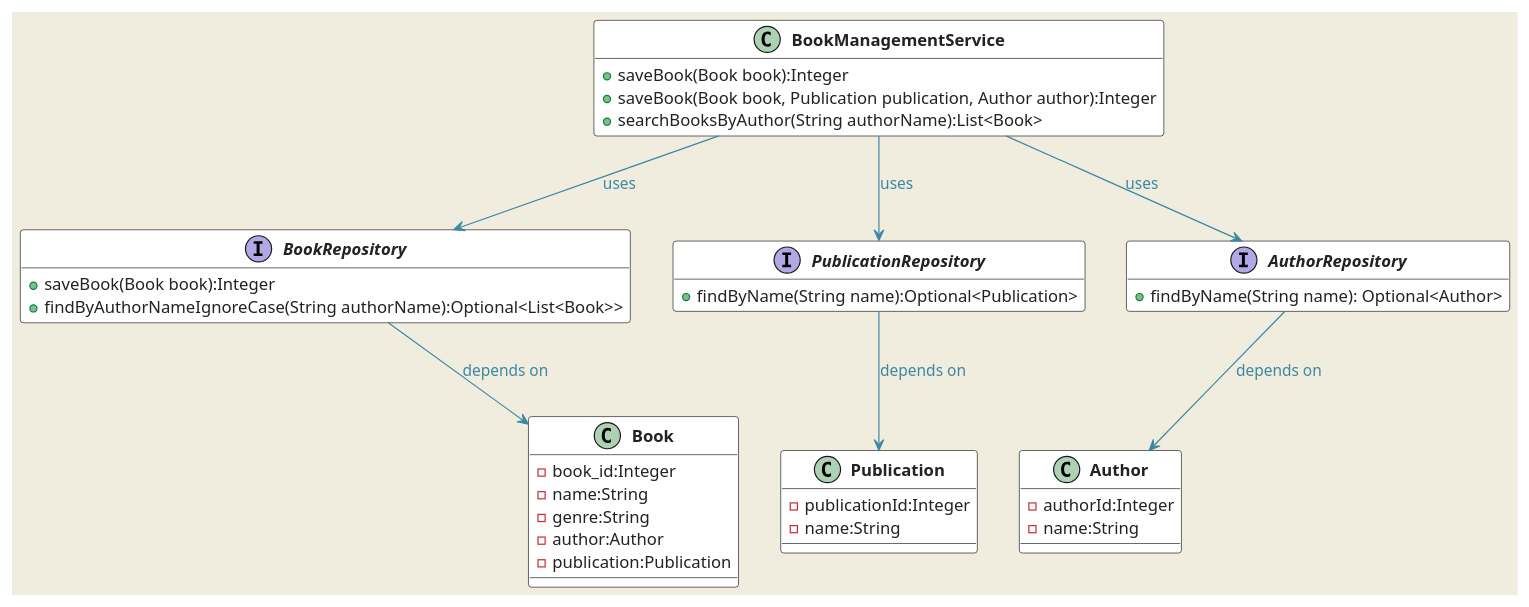
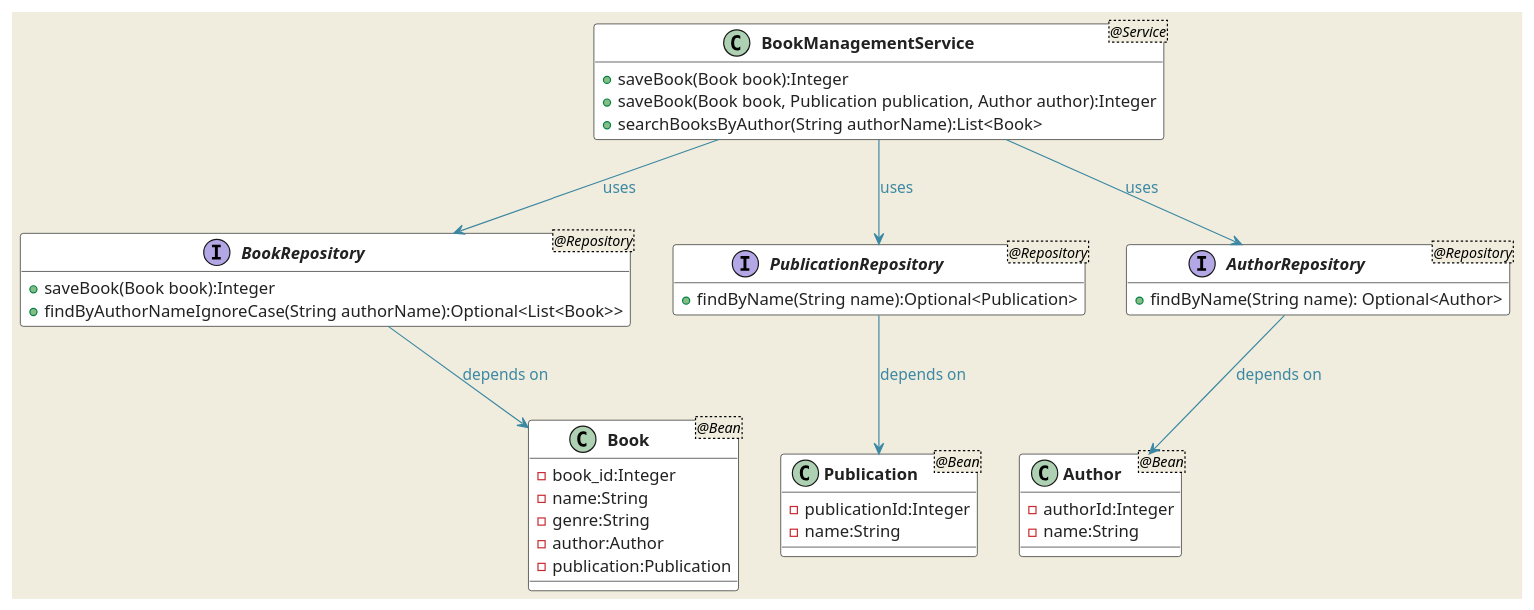
The diagram in springboot-modules/spring-ai/src/main/resources/puml/book_mgmt_cld.puml (Kode-Sastra/java-tutorials), drawn with PlantUML before and after one commit. The commit also changed 3 other files, not shown here.

```diff
--- a/springboot-modules/spring-ai/src/main/resources/puml/book_mgmt_cld.puml
+++ b/springboot-modules/spring-ai/src/main/resources/puml/book_mgmt_cld.puml
@@ -1,76 +1,78 @@
 @startuml
 'https://plantuml.com/class-diagram
 set namespaceSeparator none
 hide empty attributes
 skinparam Handwritten false
 skinparam ClassBorderColor black
 skinparam BackgroundColor #F0EDDE
 skinparam ClassAttributeFontColor #222222
 skinparam ClassFontStyle bold
 
 skinparam class {
 ArrowColor #3C88A3
 ArrowFontColor #3C88A3
 hide empty attributes
 skinparam Handwritten false
 skinparam ClassBorderColor black
 BackgroundColor #FFFFFF
 }
 
-class "BookManagementService" as bms {
+class "BookManagementService<@Service>" as bms {
   +saveBook(Book book):Integer
   +saveBook(Book book, Publication publication, Author author):Integer
   +searchBooksByAuthor(String authorName):List<Book>
 }
 
 
 together {
 
-    class "Publication" as pn {
+    class "Publication<@Bean>" as pn {
       -publicationId:Integer
       -name:String
     }
-    class "Book" as bk {
+    class "Book<@Bean>" as bk {
       -book_id:Integer
       -name:String
       -genre:String
       -author:Author
       -publication:Publication
     }
 
 
-    class "Author" as ar {
+    class "Author<@Bean>" as ar {
       -authorId:Integer
       -name:String
     }
 }
 
 
+
+
 together {
 
-    interface "PublicationRepository" as py {
+    interface "PublicationRepository<@Repository>" as py {
       +findByName(String name):Optional<Publication>
     }
-    interface "BookRepository" as by {
+    interface "BookRepository<@Repository>" as by {
       +saveBook(Book book):Integer
       +findByAuthorNameIgnoreCase(String authorName):Optional<List<Book>>
     }
-    interface "AuthorRepository" as ay {
+    interface "AuthorRepository<@Repository>" as ay {
       +findByName(String name): Optional<Author>
     }
 }
 
 bms -down-> by:uses
 bms -down-> ay:uses
 bms -down-> py:uses
 
 by -down-> bk:depends on
 py -down-> pn:depends on
 ay -down-> ar:depends on
 
 by -[hidden]right-> py
 
 
 
 
 @enduml
```
